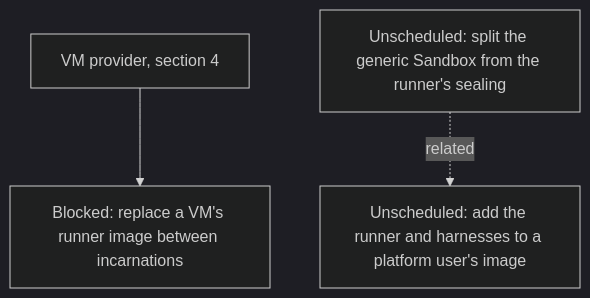
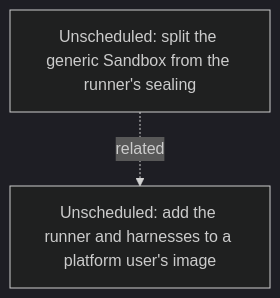
One commit to agentydragon-agent/ducktape changed diagram 11 of 15 in agentplane/plans/task_dag.md. Above: the diagram before and after it, drawn with Mermaid (dark theme). The commit also changed other lines of this file and 12 other files, not shown here.

````diff
--- a/agentplane/plans/task_dag.md
+++ b/agentplane/plans/task_dag.md
@@ -792,7 +757,6 @@
 ```mermaid
 flowchart TD
-    VM_PROVIDER[VM provider, section 4] --> SANDBOX_IMAGE_REPLACE[Blocked: replace a VM's runner image between incarnations]
     SANDBOX_GENERIC_SPLIT[Unscheduled: split the generic Sandbox from the runner's sealing]
     SANDBOX_RUNNER_LAYERING[Unscheduled: add the runner and harnesses to a platform user's image]
     SANDBOX_GENERIC_SPLIT -. related .-> SANDBOX_RUNNER_LAYERING
 ```
````
